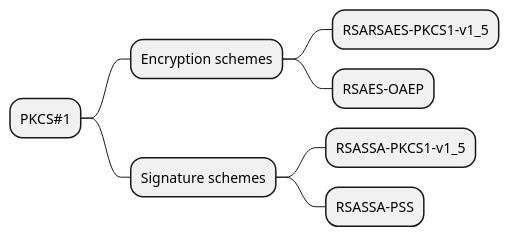
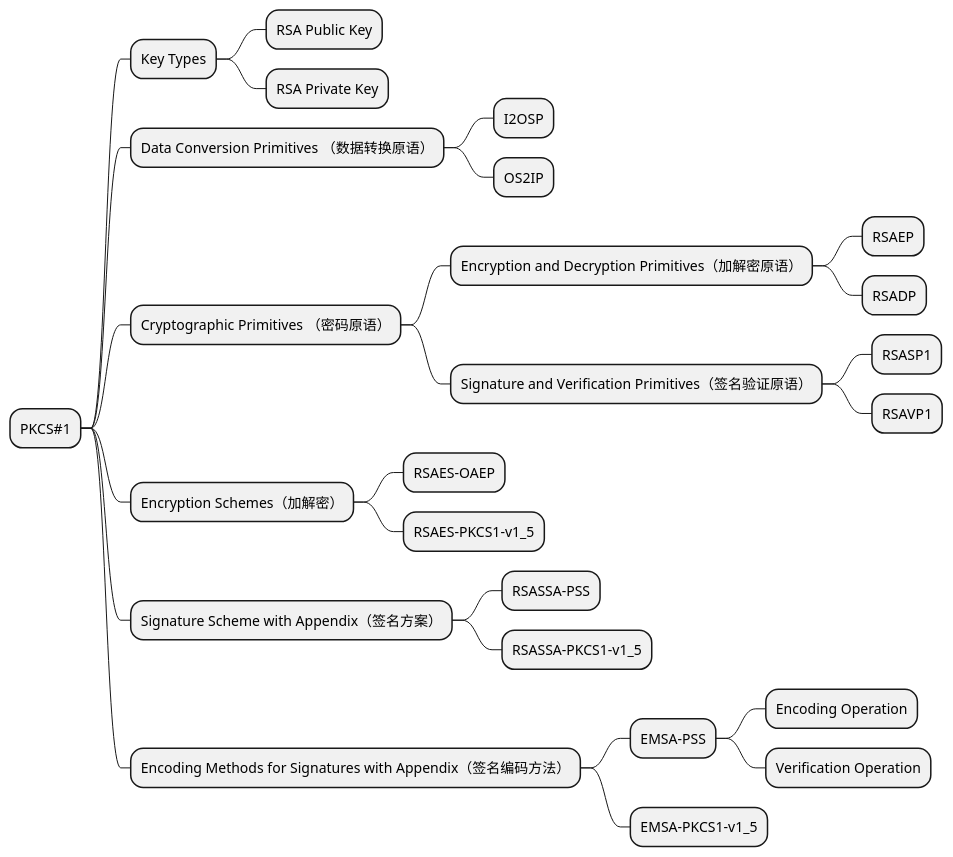
One commit to benzheng-2026/mbedtls_rsa_sig changed the first of 2 diagrams in README.md. Above: the diagram before and after it, drawn with PlantUML. The commit also changed other lines of this file and 16 other files, not shown here.

````diff
--- a/README.md
+++ b/README.md
@@ -23,11 +23,31 @@
 ```plantuml
 @startmindmap
 * PKCS#1
-** Encryption schemes
-*** RSARSAES-PKCS1-v1_5
+**  Key Types
+*** RSA Public Key
+*** RSA Private Key
+**  Data Conversion Primitives （数据转换原语）
+*** I2OSP
+*** OS2IP
+**  Cryptographic Primitives （密码原语）
+*** Encryption and Decryption Primitives（加解密原语）
+**** RSAEP
+**** RSADP
+*** Signature and Verification Primitives（签名验证原语）
+**** RSASP1
+**** RSAVP1
+**  Encryption Schemes（加解密）
 *** RSAES-OAEP
-** Signature schemes
+*** RSAES-PKCS1-v1_5
+**  Signature Scheme with Appendix（签名方案）
+*** RSASSA-PSS
 *** RSASSA-PKCS1-v1_5
-*** RSASSA-PSS
+**  Encoding Methods for Signatures with Appendix（签名编码方法）
+*** EMSA-PSS
+**** Encoding Operation
+**** Verification Operation
+*** EMSA-PKCS1-v1_5
+
+
 @endmindmap
 ```
````
